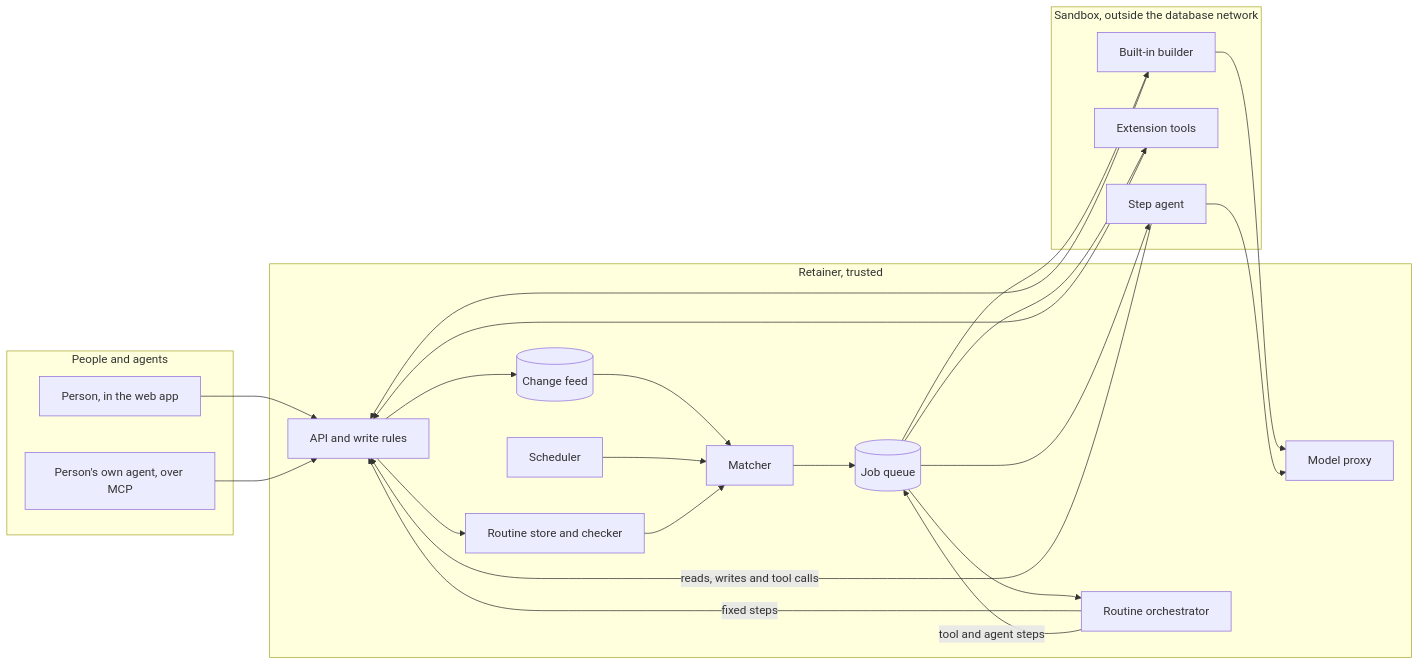
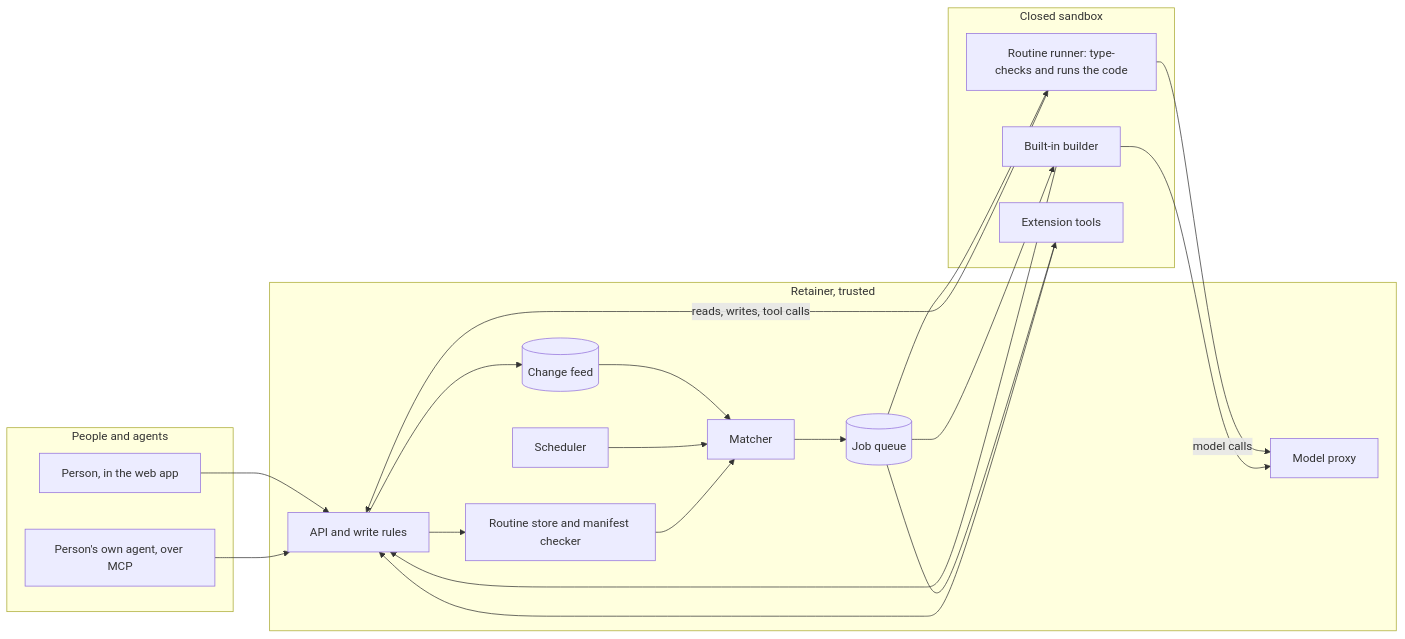
Before and after one commit to Tamloot-cc/Retainer: the second of 5 diagrams in docs/specs/routines.md, drawn with Mermaid. The commit also changed other lines of this file, not shown here.

First line of the commit message:
Rewrite the Routines spec: a routine is TypeScript code

````diff
--- a/docs/specs/routines.md
+++ b/docs/specs/routines.md
@@ -130,41 +134,37 @@
 ```mermaid
 flowchart LR
   subgraph People["People and agents"]
     PE["Person, in the web app"]
     UA["Person's own agent, over MCP"]
   end
   subgraph Trusted["Retainer, trusted"]
     API["API and write rules"]
-    ST["Routine store and checker"]
+    ST["Routine store and manifest checker"]
     FEED[("Change feed")]
     MATCH["Matcher"]
     SCHED["Scheduler"]
     Q[("Job queue")]
-    ORCH["Routine orchestrator"]
     PROXY["Model proxy"]
   end
-  subgraph Sandbox["Sandbox, outside the database network"]
+  subgraph Sandbox["Closed sandbox"]
     BUILD["Built-in builder"]
+    RUN["Routine runner: type-checks and runs the code"]
     TOOLS["Extension tools"]
-    AGENT["Step agent"]
   end
   PE --> API
   UA --> API
   API --> ST
   API --> FEED
   FEED --> MATCH
   SCHED --> MATCH
   ST --> MATCH
   MATCH --> Q
-  Q --> ORCH
-  ORCH -->|"fixed steps"| API
-  ORCH -->|"tool and agent steps"| Q
+  Q --> RUN
+  Q --> BUILD
   Q --> TOOLS
-  Q --> AGENT
-  Q --> BUILD
+  RUN -->|"reads, writes, tool calls"| API
+  RUN -->|"model calls"| PROXY
   BUILD --> PROXY
-  AGENT --> PROXY
   BUILD --> API
-  AGENT -->|"reads, writes and tool calls"| API
   TOOLS --> API
 ```
````
